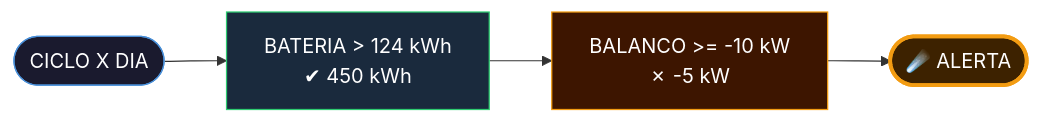
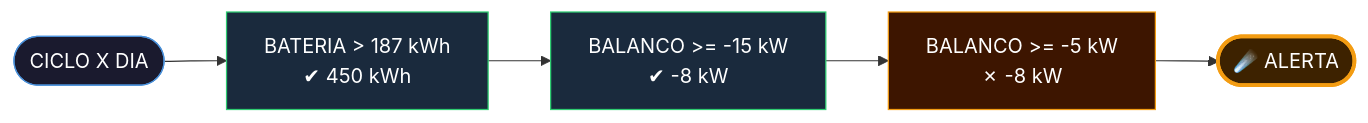
The third of 6 diagrams in README.md (juliaramosguedes/fiap-fase-3-aurora-siger), drawn with Mermaid before and after one commit. The commit also changed other lines of this file and 9 other files, not shown here.

````diff
--- a/README.md
+++ b/README.md
@@ -102,11 +102,13 @@
 ```mermaid
 flowchart LR
-    A([CICLO X DIA]) --> B["BATERIA > 124 kWh\n✔ 450 kWh"]
-    B --> C["BALANCO >= -10 kW\n✗ -5 kW"]
-    C --> D([☄️ ALERTA])
+    A([CICLO X DIA]) --> B["BATERIA > 187 kWh\n✔ 450 kWh"]
+    B --> C["BALANCO >= -15 kW\n✔ -8 kW"]
+    C --> D["BALANCO >= -5 kW\n✗ -8 kW"]
+    D --> E([☄️ ALERTA])
 
     style A fill:#1a1a2e,color:#fff,stroke:#4a90d9
     style B fill:#1a2a3d,color:#fff,stroke:#2ecc71
-    style C fill:#3d1500,color:#fff,stroke:#f39c12
-    style D fill:#3d2200,color:#fff,stroke:#f39c12,stroke-width:3px
+    style C fill:#1a2a3d,color:#fff,stroke:#2ecc71
+    style D fill:#3d1500,color:#fff,stroke:#f39c12
+    style E fill:#3d2200,color:#fff,stroke:#f39c12,stroke-width:3px
 ```
````
